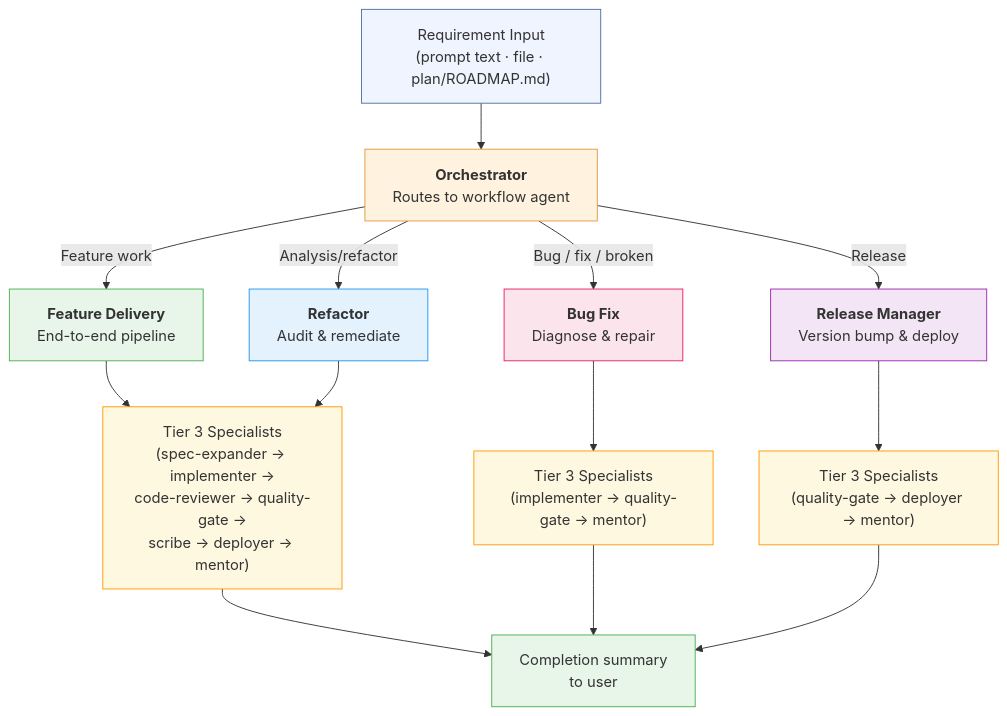
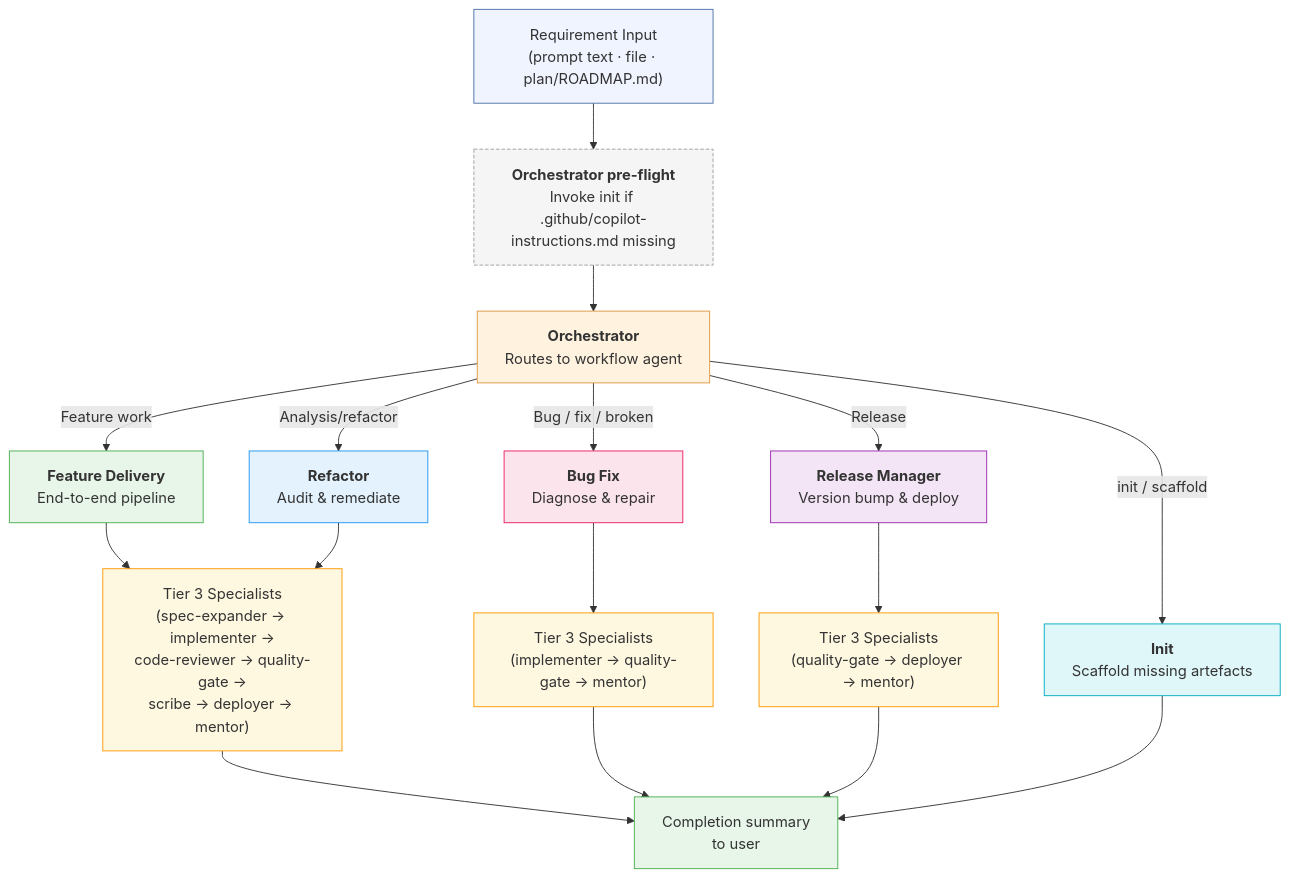
The diagram in .github/agents/README.md (sleeke/copilot-agents), drawn with Mermaid before and after one commit. The commit also changed other lines of this file and 2 other files, not shown here.

Commit message:
Add init agent

````diff
--- a/.github/agents/README.md
+++ b/.github/agents/README.md
@@ -49,31 +50,36 @@
 ```mermaid
 flowchart TD
-    A["Requirement Input<br/>(prompt text · file · plan/ROADMAP.md)"] --> B["<b>Orchestrator</b><br/>Routes to workflow agent"]
+    A["Requirement Input<br/>(prompt text · file · plan/ROADMAP.md)"] --> PRE["<b>Orchestrator pre-flight</b><br/>Invoke init if .github/copilot-instructions.md missing"]
+    PRE --> B["<b>Orchestrator</b><br/>Routes to workflow agent"]
 
     B -->|"Feature work"| C["<b>Feature Delivery</b><br/>End-to-end pipeline"]
     B -->|"Bug / fix / broken"| BF["<b>Bug Fix</b><br/>Diagnose &amp; repair"]
     B -->|"Analysis/refactor"| D["<b>Refactor</b><br/>Audit &amp; remediate"]
     B -->|"Release"| E["<b>Release Manager</b><br/>Version bump &amp; deploy"]
+    B -->|"init / scaffold"| I["<b>Init</b><br/>Scaffold missing artefacts"]
 
     C --> F["Tier 3 Specialists<br/>(spec-expander → implementer →<br/>code-reviewer → quality-gate →<br/>scribe → deployer → mentor)"]
 
     BF --> FB["Tier 3 Specialists<br/>(implementer → quality-gate → mentor)"]
 
     D --> F
     E --> G["Tier 3 Specialists<br/>(quality-gate → deployer → mentor)"]
 
     F --> H["Completion summary<br/>to user"]
     FB --> H
     G --> H
+    I --> H
 
     style A fill:#f0f4ff,stroke:#4a6fa5
+    style PRE fill:#f5f5f5,stroke:#9e9e9e,stroke-dasharray:4 2
     style B fill:#fff3e0,stroke:#e09840
     style C fill:#e8f5e9,stroke:#4caf50
     style BF fill:#fce4ec,stroke:#e91e63
     style D fill:#e3f2fd,stroke:#2196f3
     style E fill:#f3e5f5,stroke:#9c27b0
+    style I fill:#e0f7fa,stroke:#00acc1
     style F fill:#fff8e1,stroke:#ff9800
     style FB fill:#fff8e1,stroke:#ff9800
     style G fill:#fff8e1,stroke:#ff9800
     style H fill:#e8f5e9,stroke:#4caf50
 ```
````
